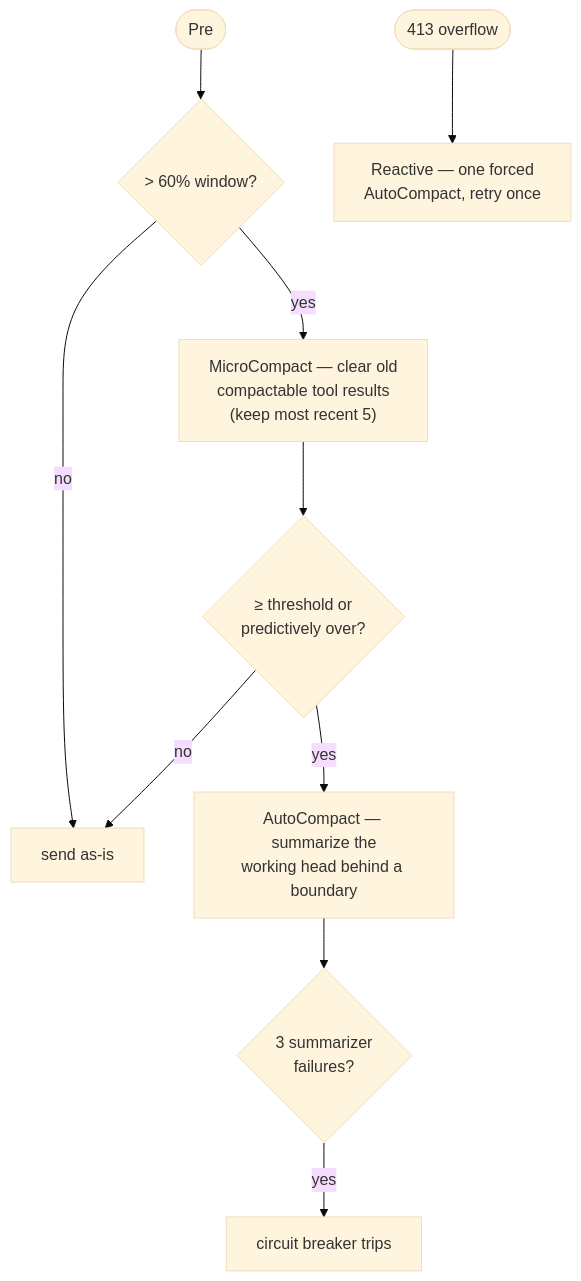
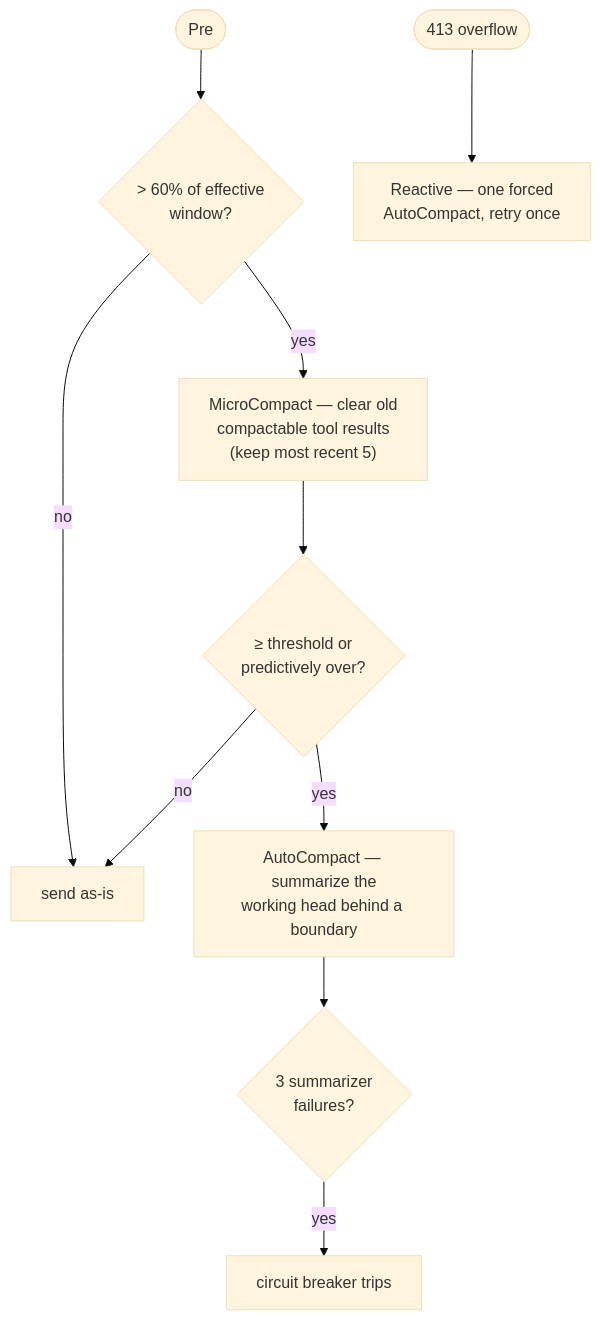
One commit to 0xmanhnv/Norma changed the diagram in docs/guides/compaction.md. Above: the diagram before and after it, drawn with Mermaid (base theme). The commit also changed other lines of this file and 15 other files, not shown here.

````diff
--- a/docs/guides/compaction.md
+++ b/docs/guides/compaction.md
@@ -28,12 +28,12 @@
 ```mermaid
 flowchart TD
-    Pre([Pre]) --> M{> 60% window?}
+    Pre([Pre]) --> M{"> 60% of effective<br/>window?"}
     M -->|no| Send[send as-is]
     M -->|yes| Micro["MicroCompact — clear old<br/>compactable tool results<br/>(keep most recent 5)"]
     Micro --> A{≥ threshold or<br/>predictively over?}
     A -->|no| Send
     A -->|yes| Auto["AutoCompact — summarize the<br/>working head behind a boundary"]
     Auto --> Trip{3 summarizer<br/>failures?}
     Trip -->|yes| CB[circuit breaker trips]
     Overflow([413 overflow]) --> React[Reactive — one forced<br/>AutoCompact, retry once]
 ```
````
